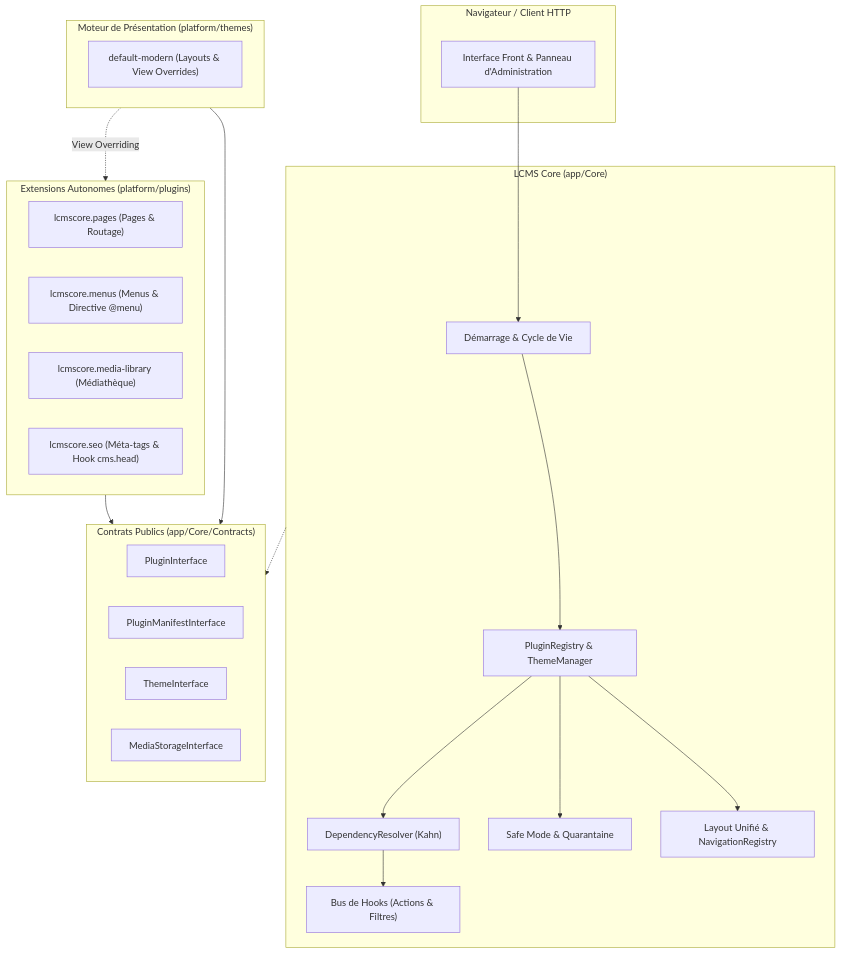
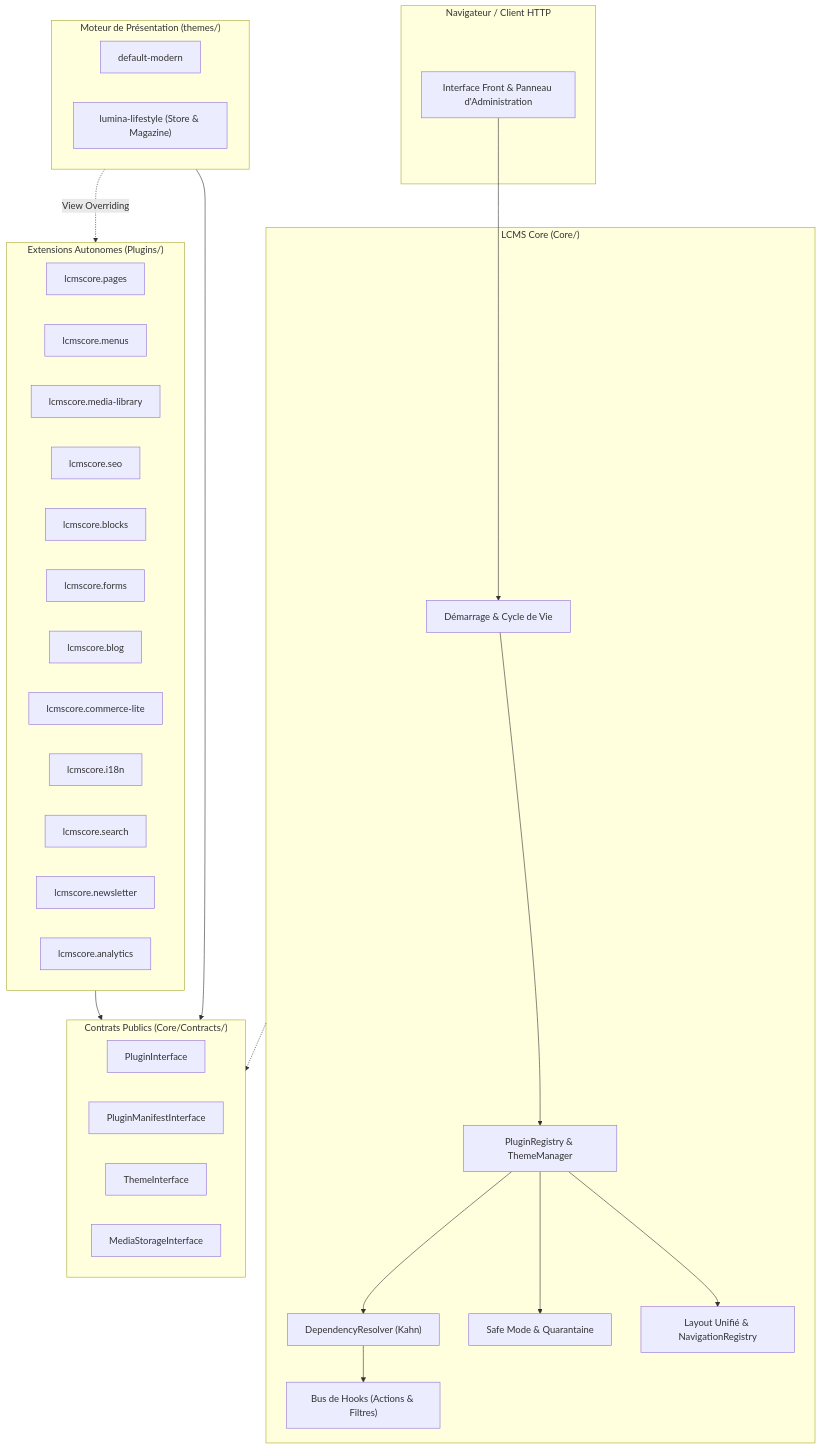
Before and after one commit to elouafidev/lcms-core: the diagram in README.md, drawn with Mermaid. The commit also changed other lines of this file and 5 other files, not shown here.

````diff
--- a/README.md
+++ b/README.md
@@ -76,45 +61,54 @@
 ```mermaid
 flowchart TD
     subgraph Client["Navigateur / Client HTTP"]
         UI["Interface Front & Panneau d'Administration"]
     end
 
-    subgraph Core["LCMS Core (app/Core)"]
+    subgraph Core["LCMS Core (Core/)"]
         Kernel["Démarrage & Cycle de Vie"]
         Registry["PluginRegistry & ThemeManager"]
         Resolver["DependencyResolver (Kahn)"]
         Hooks["Bus de Hooks (Actions & Filtres)"]
         SafeMode["Safe Mode & Quarantaine"]
         AdminLayout["Layout Unifié & NavigationRegistry"]
     end
 
-    subgraph Contracts["Contrats Publics (app/Core/Contracts)"]
+    subgraph Contracts["Contrats Publics (Core/Contracts/)"]
         PluginContract["PluginInterface"]
         ManifestContract["PluginManifestInterface"]
         ThemeContract["ThemeInterface"]
         StorageContract["MediaStorageInterface"]
     end
 
-    subgraph Plugins["Extensions Autonomes (platform/plugins)"]
-        Pages["lcmscore.pages (Pages & Routage)"]
-        Menus["lcmscore.menus (Menus & Directive @menu)"]
-        Media["lcmscore.media-library (Médiathèque)"]
-        SEO["lcmscore.seo (Méta-tags & Hook cms.head)"]
+    subgraph Plugins["Extensions Autonomes (Plugins/)"]
+        Pages["lcmscore.pages"]
+        Menus["lcmscore.menus"]
+        Media["lcmscore.media-library"]
+        SEO["lcmscore.seo"]
+        Blocks["lcmscore.blocks"]
+        Forms["lcmscore.forms"]
+        Blog["lcmscore.blog"]
+        Commerce["lcmscore.commerce-lite"]
+        I18n["lcmscore.i18n"]
+        Search["lcmscore.search"]
+        Newsletter["lcmscore.newsletter"]
+        Analytics["lcmscore.analytics"]
     end
 
-    subgraph Themes["Moteur de Présentation (platform/themes)"]
-        DefaultTheme["default-modern (Layouts & View Overrides)"]
+    subgraph Themes["Moteur de Présentation (themes/)"]
+        DefaultTheme["default-modern"]
+        LuminaTheme["lumina-lifestyle (Store & Magazine)"]
     end
 
     UI --> Kernel
     Kernel --> Registry
     Registry --> Resolver
     Resolver --> Hooks
     Registry --> SafeMode
     Registry --> AdminLayout
 
     Core -.-> Contracts
     Plugins --> Contracts
     Themes --> Contracts
     Themes -.->|View Overriding| Plugins
 ```
````
